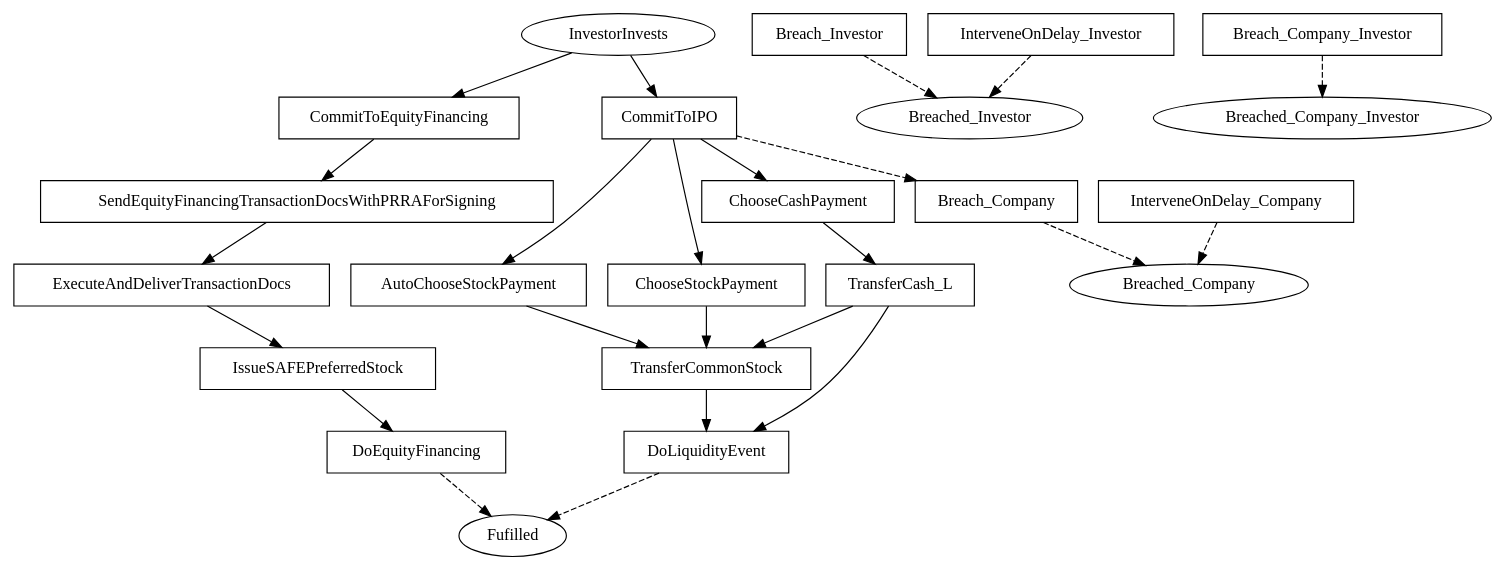
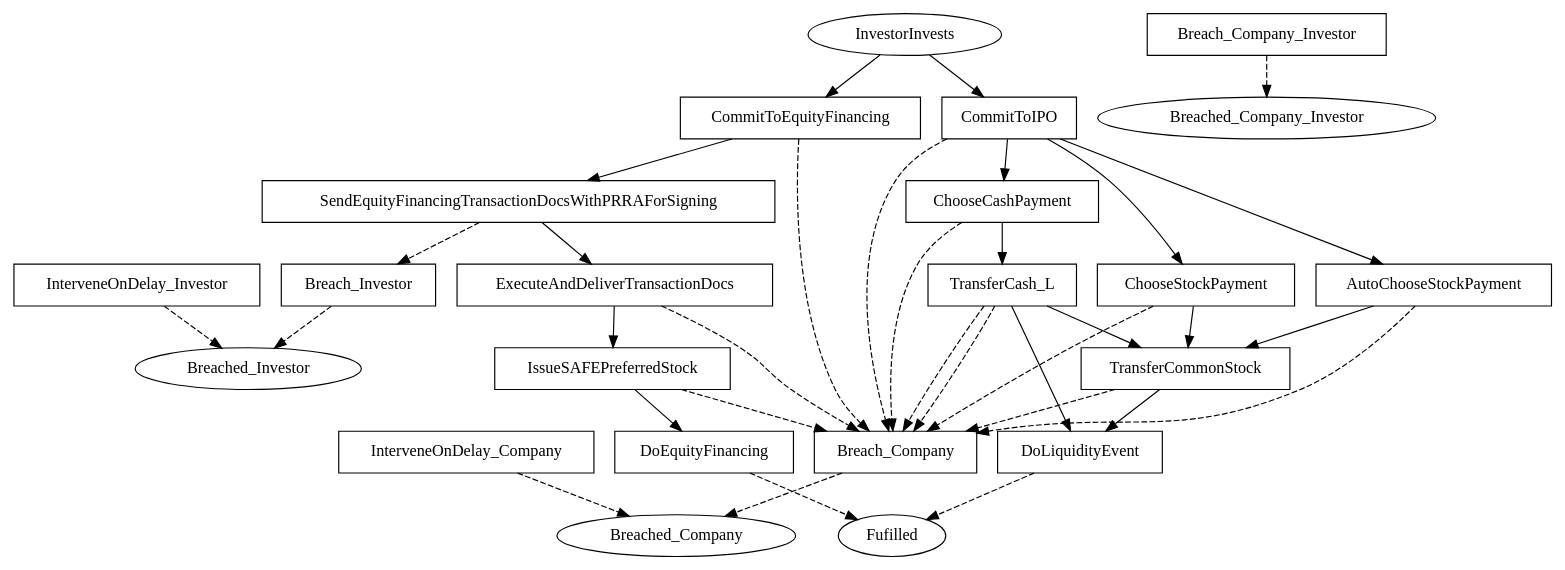
The diagram in linear_state_machine_language/pyL4/examples/out_graphviz/toy_and_teaching/tutorialSAFE.dot (Marcao02/complaw-deeptech), drawn with Graphviz before and after one commit. The commit also changed 39 other files, not shown here.

```diff
--- a/linear_state_machine_language/pyL4/examples/out_graphviz/toy_and_teaching/tutorialSAFE.dot
+++ b/linear_state_machine_language/pyL4/examples/out_graphviz/toy_and_teaching/tutorialSAFE.dot
@@ -1,58 +1,68 @@
 // THIS IS A GENERATED FILE. DO NOT EDIT.
 
 digraph safe_tutorial {    
     Fulfilled[label=Fufilled];
     InvestorInvests[label=InvestorInvests];
 	Breached_Investor[label=Breached_Investor];
 	Breached_Company[label=Breached_Company];
 	Breached_Company_Investor[label=Breached_Company_Investor]
     
      
     CommitToEquityFinancing[label=CommitToEquityFinancing,shape=box];
 	SendEquityFinancingTransactionDocsWithPRRAForSigning[label=SendEquityFinancingTransactionDocsWithPRRAForSigning,shape=box];
 	ExecuteAndDeliverTransactionDocs[label=ExecuteAndDeliverTransactionDocs,shape=box];
 	IssueSAFEPreferredStock[label=IssueSAFEPreferredStock,shape=box];
 	DoEquityFinancing[label=DoEquityFinancing,shape=box];
 	CommitToIPO[label=CommitToIPO,shape=box];
 	AutoChooseStockPayment[label=AutoChooseStockPayment,shape=box];
 	ChooseStockPayment[label=ChooseStockPayment,shape=box];
 	TransferCommonStock[label=TransferCommonStock,shape=box];
 	ChooseCashPayment[label=ChooseCashPayment,shape=box];
 	TransferCash_L[label=TransferCash_L,shape=box];
 	DoLiquidityEvent[label=DoLiquidityEvent,shape=box];
 	Breach_Investor[label=Breach_Investor,shape=box];
 	Breach_Company[label=Breach_Company,shape=box];
 	Breach_Company_Investor[label=Breach_Company_Investor,shape=box];
 	InterveneOnDelay_Investor[label=InterveneOnDelay_Investor,shape=box];
 	InterveneOnDelay_Company[label=InterveneOnDelay_Company,shape=box]    
     
     
     
     InvestorInvests -> CommitToEquityFinancing;
 	InvestorInvests -> CommitToIPO;
 	CommitToEquityFinancing -> SendEquityFinancingTransactionDocsWithPRRAForSigning;
+	CommitToEquityFinancing -> Breach_Company [style=dashed];
 	SendEquityFinancingTransactionDocsWithPRRAForSigning -> ExecuteAndDeliverTransactionDocs;
+	SendEquityFinancingTransactionDocsWithPRRAForSigning -> Breach_Investor [style=dashed];
 	ExecuteAndDeliverTransactionDocs -> IssueSAFEPreferredStock;
+	ExecuteAndDeliverTransactionDocs -> Breach_Company [style=dashed];
 	IssueSAFEPreferredStock -> DoEquityFinancing;
+	IssueSAFEPreferredStock -> Breach_Company [style=dashed];
 	CommitToIPO -> ChooseCashPayment;
 	CommitToIPO -> ChooseStockPayment;
 	CommitToIPO -> AutoChooseStockPayment;
 	CommitToIPO -> Breach_Company [style=dashed];
 	AutoChooseStockPayment -> TransferCommonStock;
+	AutoChooseStockPayment -> Breach_Company [style=dashed];
 	ChooseStockPayment -> TransferCommonStock;
+	ChooseStockPayment -> Breach_Company [style=dashed];
 	TransferCommonStock -> DoLiquidityEvent;
+	TransferCommonStock -> Breach_Company [style=dashed];
 	ChooseCashPayment -> TransferCash_L;
+	ChooseCashPayment -> Breach_Company [style=dashed];
 	TransferCash_L -> TransferCommonStock;
-	TransferCash_L -> DoLiquidityEvent
+	TransferCash_L -> Breach_Company [style=dashed];
+	TransferCash_L -> DoLiquidityEvent;
+	TransferCash_L -> Breach_Company [style=dashed]
     
     DoEquityFinancing -> Fulfilled [style=dashed];
 	DoLiquidityEvent -> Fulfilled [style=dashed];
 	Breach_Investor -> Breached_Investor [style=dashed];
 	Breach_Company -> Breached_Company [style=dashed];
 	Breach_Company_Investor -> Breached_Company_Investor [style=dashed];
 	InterveneOnDelay_Investor -> Breached_Investor [style=dashed];
 	InterveneOnDelay_Company -> Breached_Company [style=dashed];
 	     
     
        
 }
```
